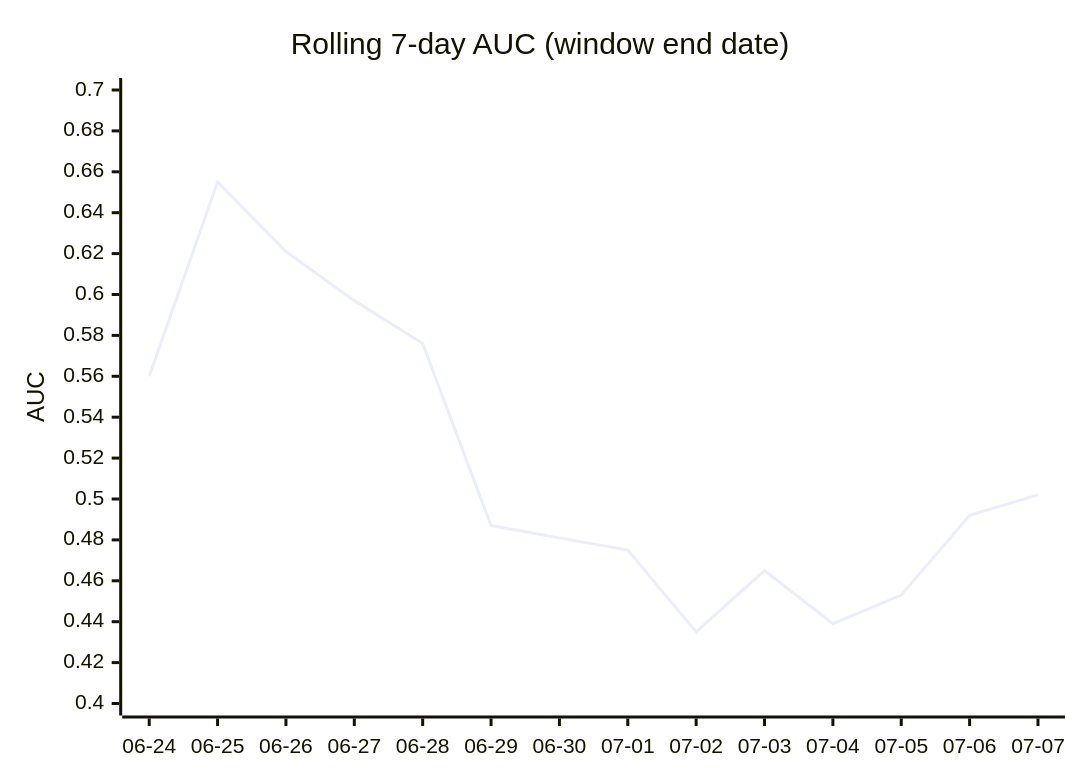
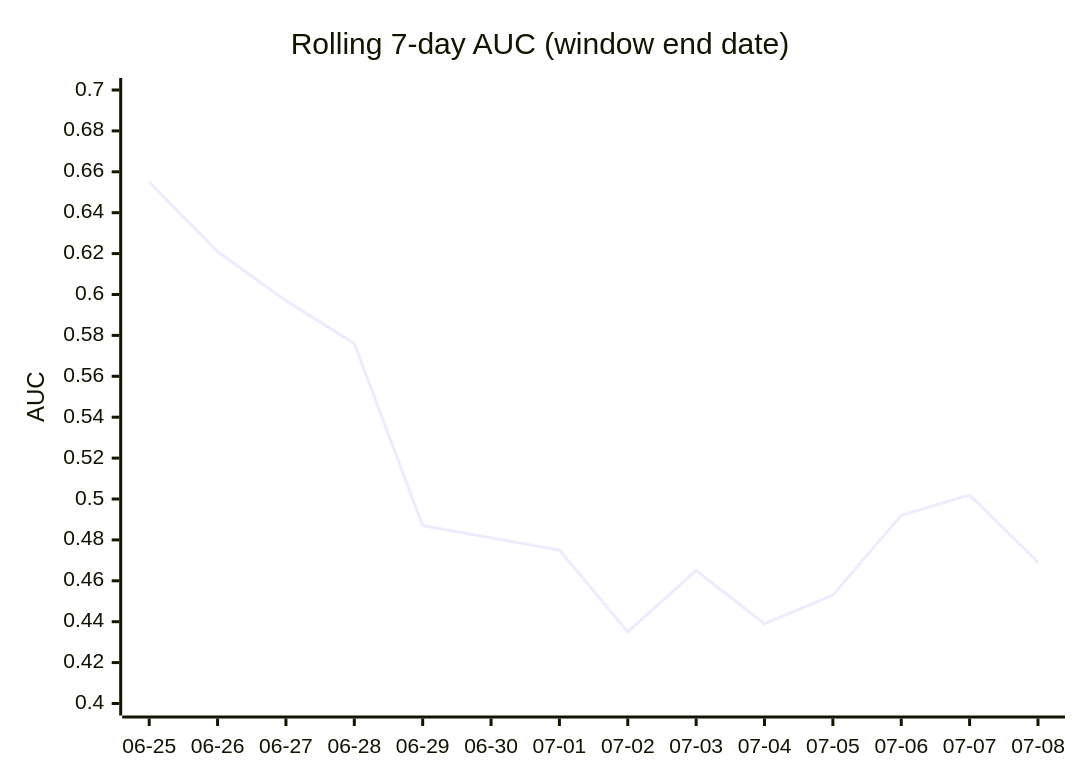
Before and after one commit to dpk1212/nhl-savant: the fourth of 5 diagrams in DAILY_AGSU_REPORT.md, drawn with Mermaid. The commit also changed other lines of this file, not shown here.

````diff
--- a/DAILY_AGSU_REPORT.md
+++ b/DAILY_AGSU_REPORT.md
@@ -541,7 +541,7 @@
 ```mermaid
 xychart-beta
     title "Rolling 7-day AUC (window end date)"
-    x-axis ["06-24", "06-25", "06-26", "06-27", "06-28", "06-29", "06-30", "07-01", "07-02", "07-03", "07-04", "07-05", "07-06", "07-07"]
+    x-axis ["06-25", "06-26", "06-27", "06-28", "06-29", "06-30", "07-01", "07-02", "07-03", "07-04", "07-05", "07-06", "07-07", "07-08"]
     y-axis "AUC" 0.4 --> 0.7
-    line [0.56, 0.655, 0.621, 0.597, 0.576, 0.487, 0.481, 0.475, 0.435, 0.465, 0.439, 0.453, 0.492, 0.502]
+    line [0.655, 0.621, 0.597, 0.576, 0.487, 0.481, 0.475, 0.435, 0.465, 0.439, 0.453, 0.492, 0.502, 0.469]
 ```
````
